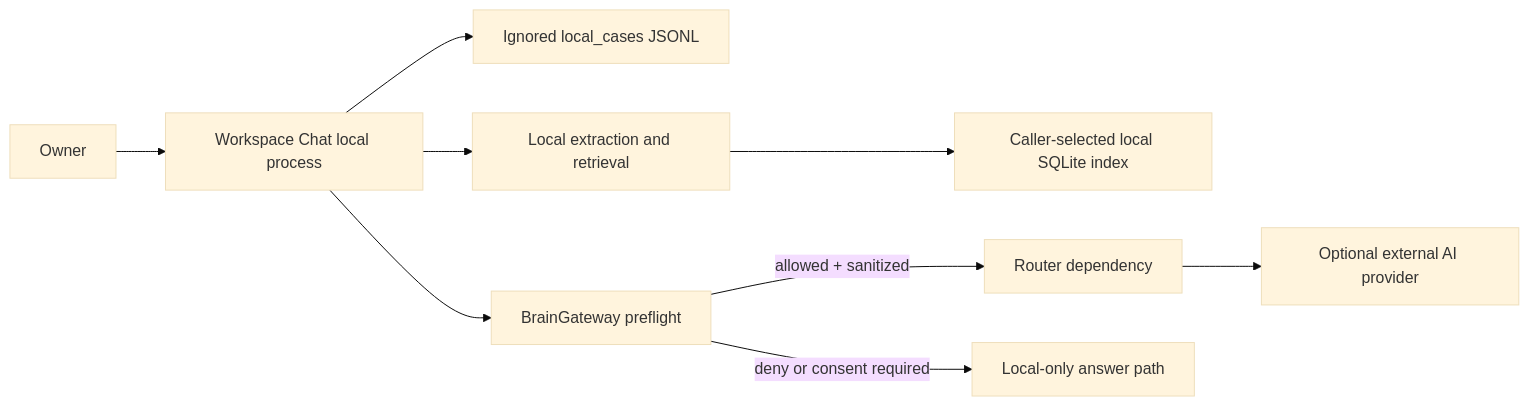
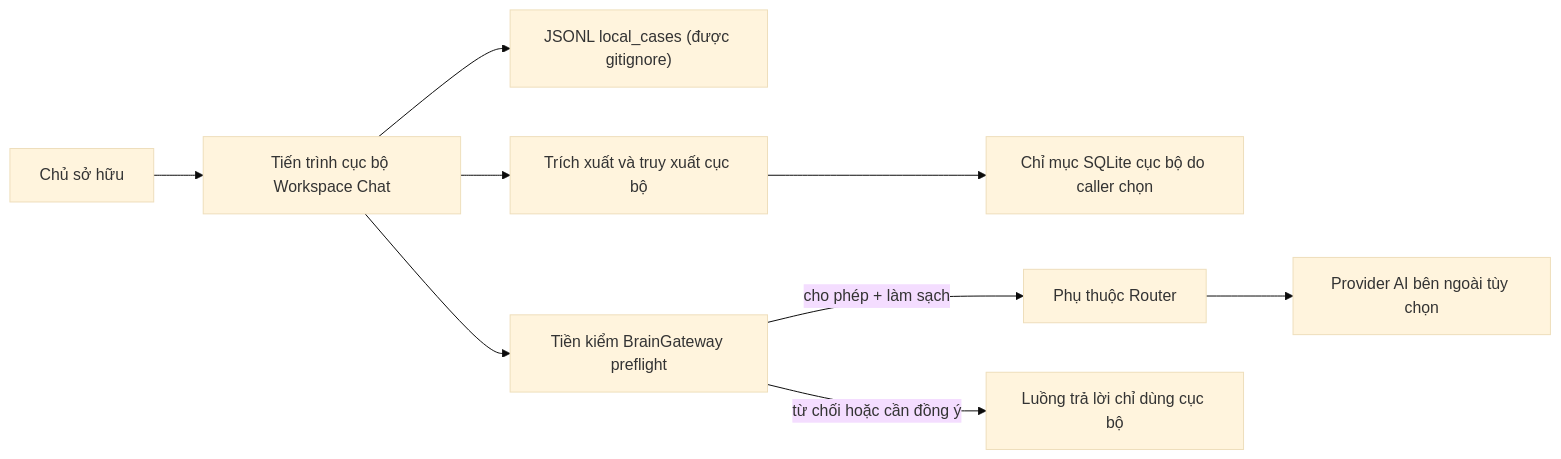
One commit to Nakazasen/AIOS_habbit changed the diagram in docs/security/THREAT_MODEL.md. Above: the diagram before and after it, drawn with Mermaid (base theme). The commit also changed other lines of this file and 419 other files, not shown here.

First line of the commit message:
docs(understand): add localized knowledge graph and update documentation

````diff
--- a/docs/security/THREAT_MODEL.md
+++ b/docs/security/THREAT_MODEL.md
@@ -28,11 +26,11 @@
 ```mermaid
 flowchart LR
-    Owner["Owner"] --> UI["Workspace Chat local process"]
-    UI --> Store["Ignored local_cases JSONL"]
-    UI --> Ingest["Local extraction and retrieval"]
-    Ingest --> Index["Caller-selected local SQLite index"]
-    UI --> Gate["BrainGateway preflight"]
-    Gate -->|"allowed + sanitized"| Router["Router dependency"]
-    Router --> Provider["Optional external AI provider"]
-    Gate -->|"deny or consent required"| Local["Local-only answer path"]
+    Owner["Chủ sở hữu"] --> UI["Tiến trình cục bộ Workspace Chat"]
+    UI --> Store["JSONL local_cases (được gitignore)"]
+    UI --> Ingest["Trích xuất và truy xuất cục bộ"]
+    Ingest --> Index["Chỉ mục SQLite cục bộ do caller chọn"]
+    UI --> Gate["Tiền kiểm BrainGateway preflight"]
+    Gate -->|"cho phép + làm sạch"| Router["Phụ thuộc Router"]
+    Router --> Provider["Provider AI bên ngoài tùy chọn"]
+    Gate -->|"từ chối hoặc cần đồng ý"| Local["Luồng trả lời chỉ dùng cục bộ"]
 ```
````
